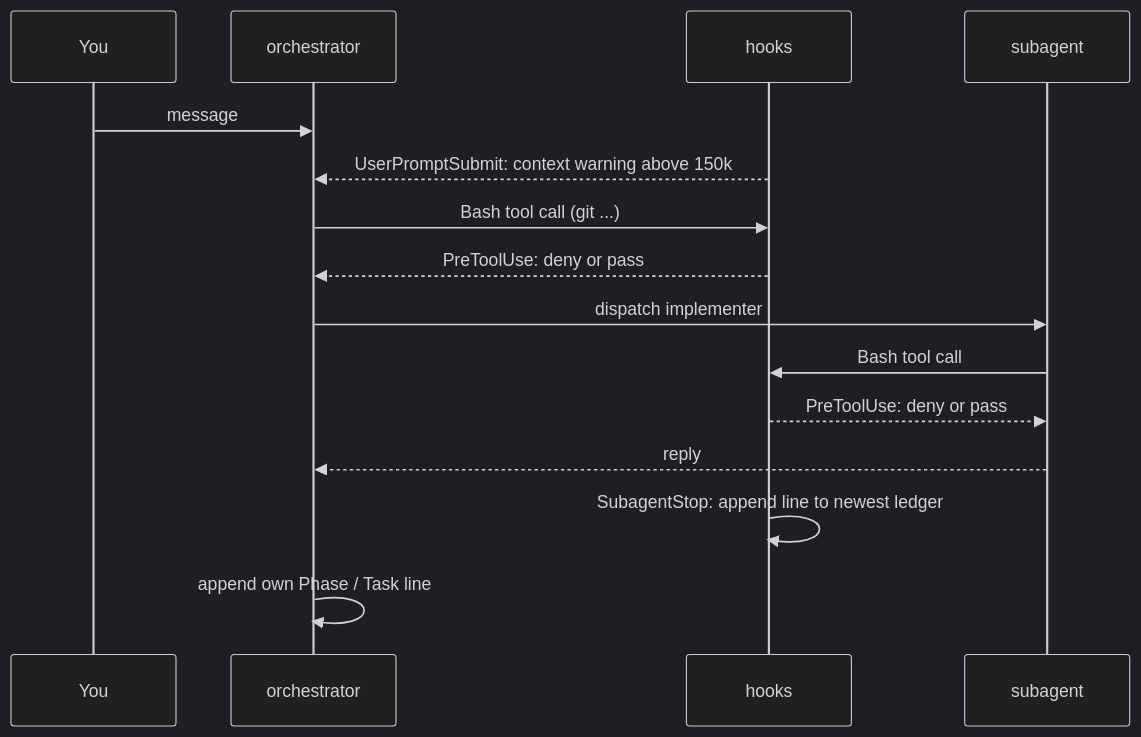
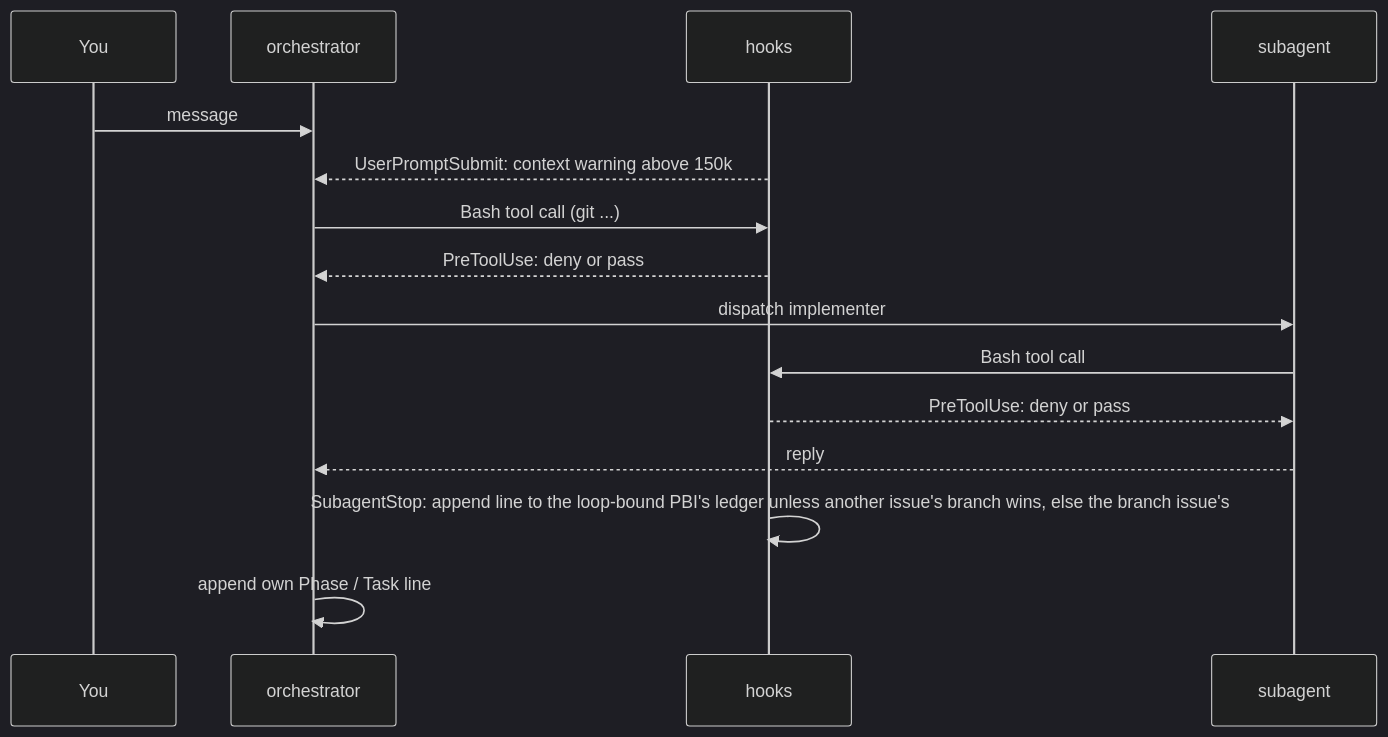
Diagram 11 of 11 in docs/orchestrator.md (GravionLabs/apm-hub), drawn with Mermaid (dark theme) before and after one commit. The commit also changed other lines of this file and 215 other files, not shown here.

````diff
--- a/docs/orchestrator.md
+++ b/docs/orchestrator.md
@@ -317,17 +393,17 @@
 ```mermaid
 sequenceDiagram
     participant U as You
     participant O as orchestrator
     participant H as hooks
     participant S as subagent
     U->>O: message
     H-->>O: UserPromptSubmit: context warning above 150k
     O->>H: Bash tool call (git ...)
     H-->>O: PreToolUse: deny or pass
     O->>S: dispatch implementer
     S->>H: Bash tool call
     H-->>S: PreToolUse: deny or pass
     S-->>O: reply
-    H->>H: SubagentStop: append line to newest ledger
+    H->>H: SubagentStop: append line to the loop-bound PBI's ledger unless another issue's branch wins, else the branch issue's
     O->>O: append own Phase / Task line
 ```
````
